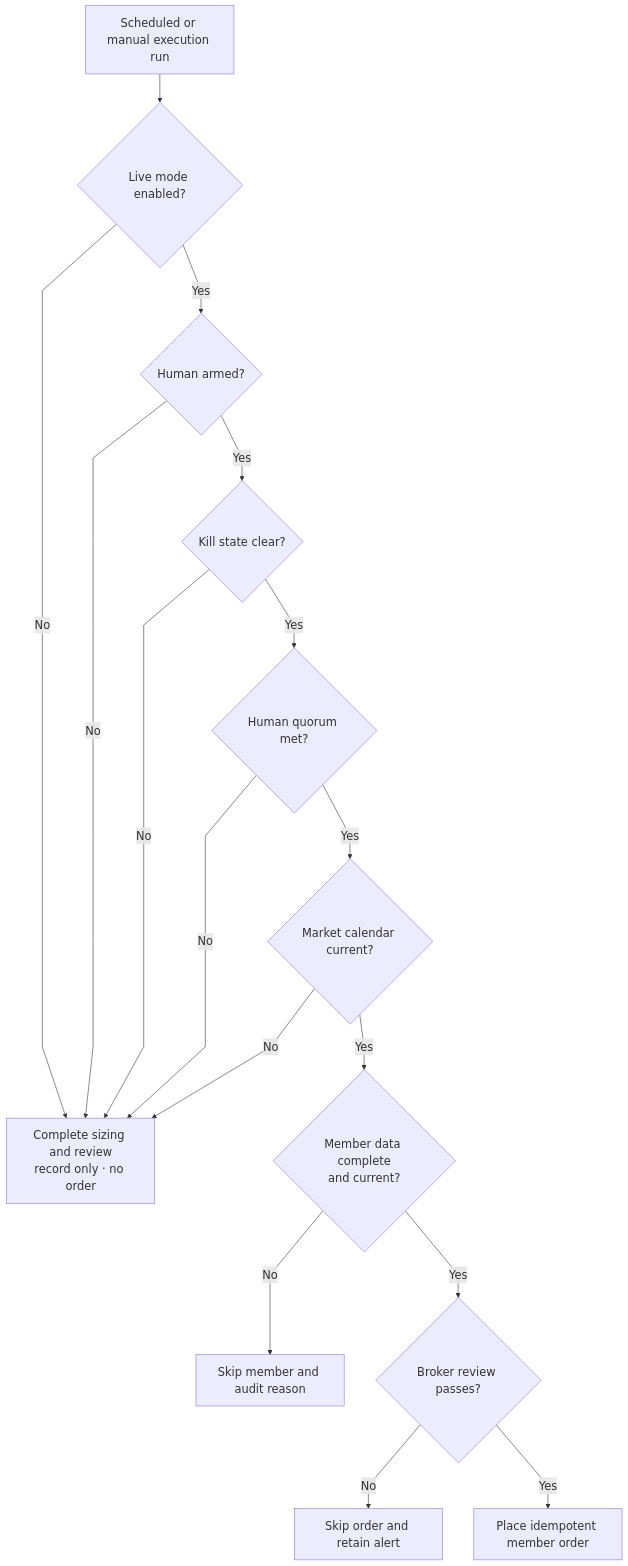
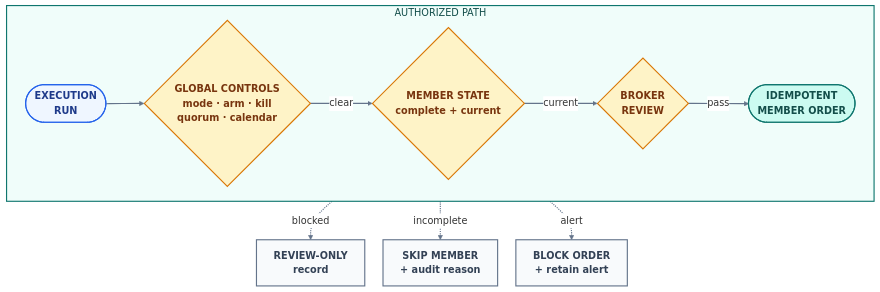
The diagram in docs/ENGINEERING.md (rohanjoglekar/voteconcordia), drawn with Mermaid before and after one commit. The commit also changed 2 other files, not shown here.

Commit message:
docs: refine architecture diagrams

````diff
--- a/docs/ENGINEERING.md
+++ b/docs/ENGINEERING.md
@@ -25,19 +25,22 @@
 ```mermaid
-%%{init: {"themeVariables": {"fontSize": "20px"}, "flowchart": {"nodeSpacing": 55, "rankSpacing": 50, "curve": "linear"}}}%%
+%%{init: {"theme": "base", "themeVariables": {"fontSize": "17px", "lineColor": "#64748b", "edgeLabelBackground": "#ffffff"}, "flowchart": {"nodeSpacing": 32, "rankSpacing": 42, "curve": "basis"}}}%%
 flowchart TB
-    run["Scheduled or manual execution run"] --> live{"Live mode enabled?"}
-    live -- "No" --> reviewonly["Complete sizing and review<br/>record only · no order"]
-    live -- "Yes" --> armed{"Human armed?"}
-    armed -- "No" --> reviewonly
-    armed -- "Yes" --> clear{"Kill state clear?"}
-    clear -- "No" --> reviewonly
-    clear -- "Yes" --> quorum{"Human quorum met?"}
-    quorum -- "No" --> reviewonly
-    quorum -- "Yes" --> calendar{"Market calendar current?"}
-    calendar -- "No" --> reviewonly
-    calendar -- "Yes" --> fresh{"Member data complete<br/>and current?"}
-    fresh -- "No" --> skipmember["Skip member and audit reason"]
-    fresh -- "Yes" --> broker{"Broker review passes?"}
-    broker -- "No" --> skiporder["Skip order and retain alert"]
-    broker -- "Yes" --> place["Place idempotent member order"]
+    subgraph primary["AUTHORIZED PATH"]
+        direction LR
+        run(["EXECUTION<br/>RUN"]):::start --> global{"GLOBAL CONTROLS<br/>mode · arm · kill<br/>quorum · calendar"}:::gate
+        global -- "clear" --> member{"MEMBER STATE<br/>complete + current"}:::gate
+        member -- "current" --> broker{"BROKER<br/>REVIEW"}:::gate
+        broker -- "pass" --> place(["IDEMPOTENT<br/>MEMBER ORDER"]):::success
+    end
+
+    global -. "blocked" .-> review["REVIEW-ONLY<br/>record"]:::exception
+    member -. "incomplete" .-> skip["SKIP MEMBER<br/>+ audit reason"]:::exception
+    broker -. "alert" .-> block["BLOCK ORDER<br/>+ retain alert"]:::exception
+
+    classDef start fill:#eff6ff,stroke:#2563eb,color:#1e3a8a,stroke-width:2px,font-weight:700;
+    classDef gate fill:#fef3c7,stroke:#d97706,color:#78350f,stroke-width:2px,font-weight:700;
+    classDef success fill:#ccfbf1,stroke:#0f766e,color:#134e4a,stroke-width:2px,font-weight:700;
+    classDef exception fill:#f8fafc,stroke:#64748b,color:#334155,stroke-width:2px,font-weight:700;
+    style primary fill:#f0fdfa,stroke:#0f766e,stroke-width:2px,color:#134e4a
+    linkStyle default stroke:#64748b,stroke-width:2px;
 ```
````
